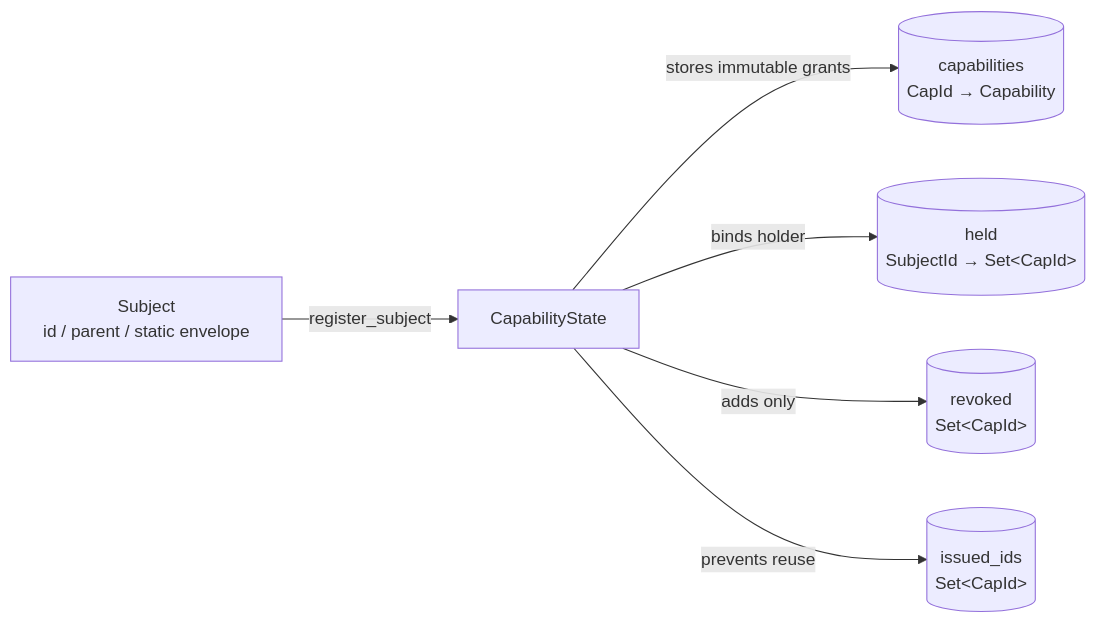
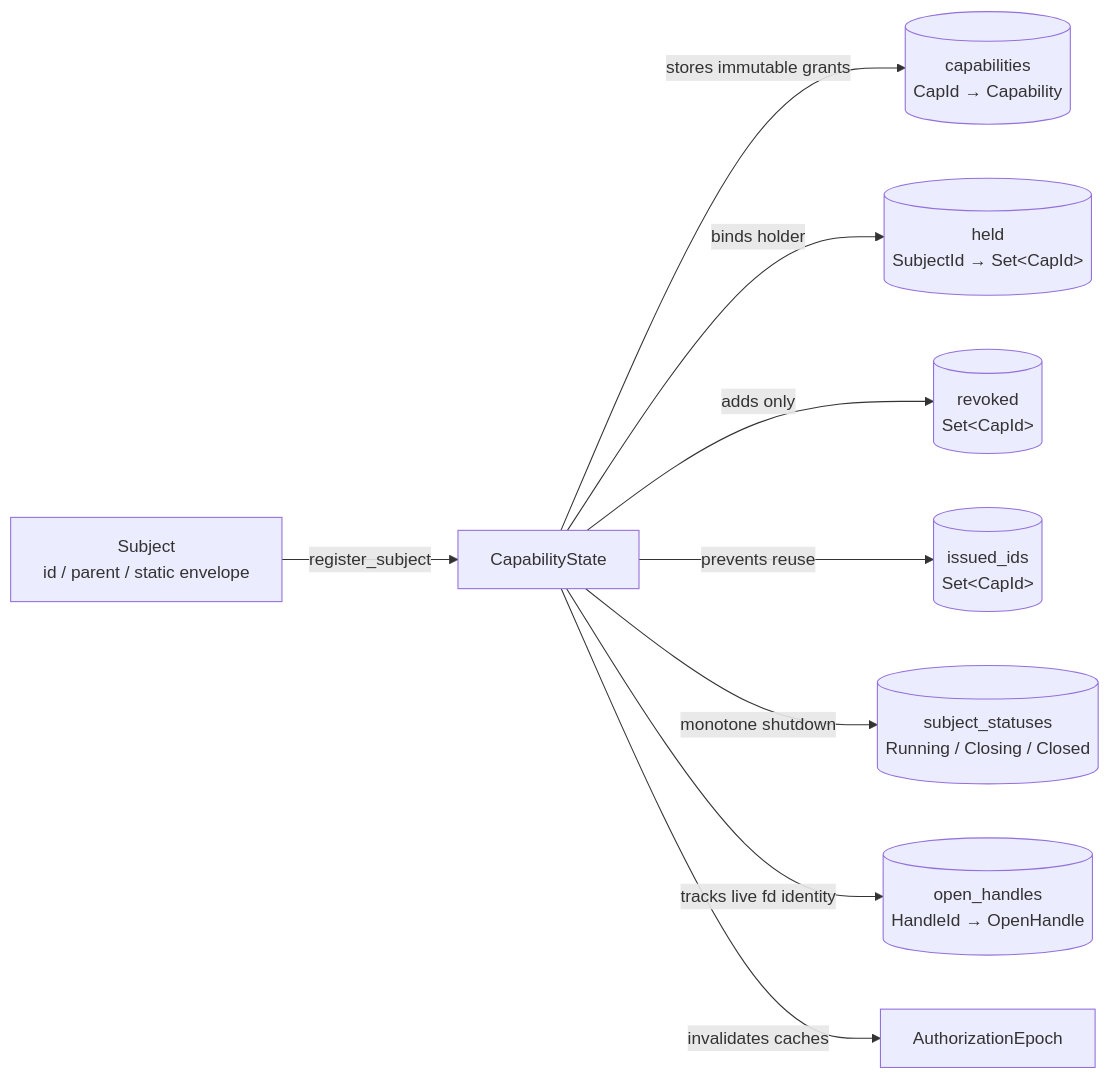
One commit to Aqua-218/SecCamp-AIAgent changed the first of 2 diagrams in docs/authority-core/capability-state.md. Above: the diagram before and after it, drawn with Mermaid. The commit also changed other lines of this file and 12 other files, not shown here.

````diff
--- a/docs/authority-core/capability-state.md
+++ b/docs/authority-core/capability-state.md
@@ -21,15 +21,21 @@
 ```mermaid
 flowchart LR
     subject["Subject<br/>id / parent / static envelope"]
     state["CapabilityState"]
     capabilities[("capabilities<br/>CapId → Capability")]
     held[("held<br/>SubjectId → Set&lt;CapId&gt;")]
     revoked[("revoked<br/>Set&lt;CapId&gt;")]
     issued[("issued_ids<br/>Set&lt;CapId&gt;")]
+    lifecycle[("subject_statuses<br/>Running / Closing / Closed")]
+    handles[("open_handles<br/>HandleId → OpenHandle")]
+    epoch["AuthorizationEpoch"]
 
     subject -->|"register_subject"| state
     state -->|"stores immutable grants"| capabilities
     state -->|"binds holder"| held
     state -->|"adds only"| revoked
     state -->|"prevents reuse"| issued
+    state -->|"monotone shutdown"| lifecycle
+    state -->|"tracks live fd identity"| handles
+    state -->|"invalidates caches"| epoch
 ```
````
